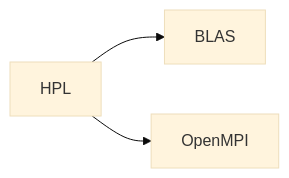
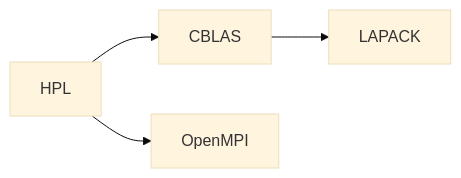
Before and after one commit to wys917/HPC101: the diagram in docs/lab/Lab1-MiniCluster/index.md, drawn with Mermaid (base theme). The commit also changed other lines of this file and 1 other file, not shown here.

Commit message:
fix: refine BLAS, CBLAS guideline

````diff
--- a/docs/lab/Lab1-MiniCluster/index.md
+++ b/docs/lab/Lab1-MiniCluster/index.md
@@ -411,5 +411,5 @@
 ```mermaid
 flowchart LR
-    A[HPL] --> B[BLAS]
+    A[HPL] --> B[CBLAS] --> D[LAPACK]
     A[HPL] --> C[OpenMPI]
 ```
````
